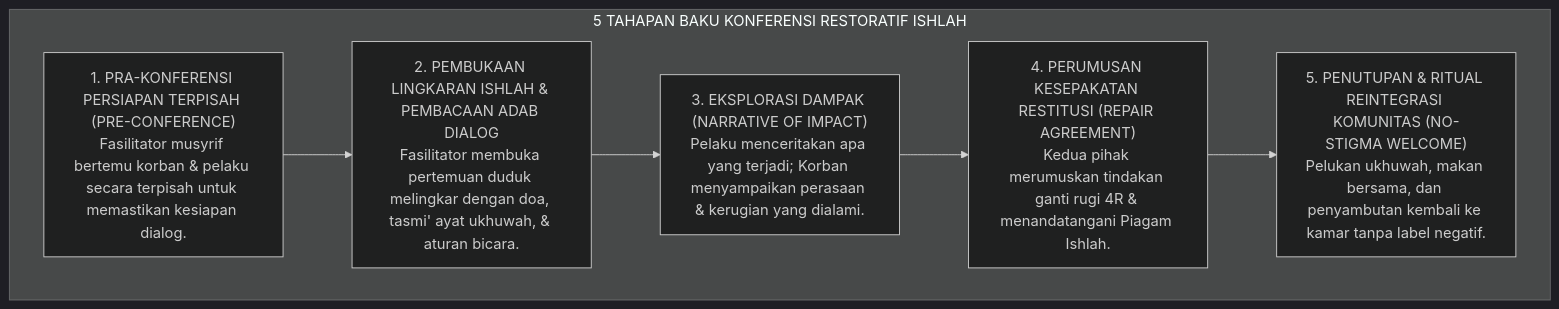
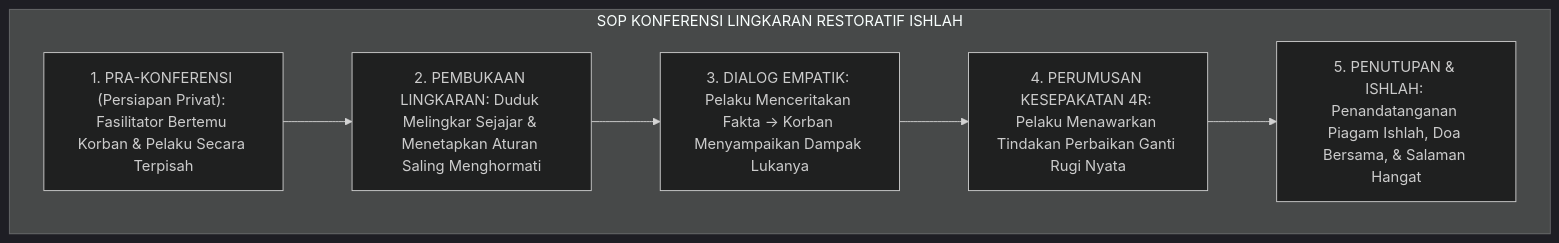
Before and after one commit to wandiapriliyandi/tumbuh: the third of 3 diagrams in 02 Principles/06 Intervention Principles/P2-06-04-Prinsip-Restorative-Conferencing-dan-Ishlah.md, drawn with Mermaid (dark theme). The commit also changed other lines of this file and 7 other files, not shown here.

````diff
--- a/02 Principles/06 Intervention Principles/P2-06-04-Prinsip-Restorative-Conferencing-dan-Ishlah.md
+++ b/02 Principles/06 Intervention Principles/P2-06-04-Prinsip-Restorative-Conferencing-dan-Ishlah.md
@@ -141,16 +157,10 @@
 ```mermaid
 flowchart TD
-    subgraph AlurKonferensiRestoratif5Tahap["5 TAHAPAN BAKU KONFERENSI RESTORATIF ISHLAH"]
-        T1_Step["1. PRA-KONFERENSI PERSIAPAN TERPISAH (PRE-CONFERENCE)<br/>Fasilitator musyrif bertemu korban & pelaku secara terpisah untuk memastikan kesiapan dialog."]
-        
-        T2_Step["2. PEMBUKAAN LINGKARAN ISHLAH & PEMBACAAN ADAB DIALOG<br/>Fasilitator membuka pertemuan duduk melingkar dengan doa, tasmi' ayat ukhuwah, & aturan bicara."]
-        
-        T3_Step["3. EKSPLORASI DAMPAK (NARRATIVE OF IMPACT)<br/>Pelaku menceritakan apa yang terjadi; Korban menyampaikan perasaan & kerugian yang dialami."]
-        
-        T4_Step["4. PERUMUSAN KESEPAKATAN RESTITUSI (REPAIR AGREEMENT)<br/>Kedua pihak merumuskan tindakan ganti rugi 4R & menandatangani Piagam Ishlah."]
-        
-        T5_Step["5. PENUTUPAN & RITUAL REINTEGRASI KOMUNITAS (NO-STIGMA WELCOME)<br/>Pelukan ukhuwah, makan bersama, dan penyambutan kembali ke kamar tanpa label negatif."]
-        
-        T1_Step --> T2_Step --> T3_Step --> T4_Step --> T5_Step
+    subgraph SOPKonferensiRestoratifIshlah["SOP KONFERENSI LINGKARAN RESTORATIF ISHLAH"]
+        PraKonferensi["1. PRA-KONFERENSI (Persiapan Privat): Fasilitator Bertemu Korban & Pelaku Secara Terpisah"]
+        --> PembukaanLingkaran["2. PEMBUKAAN LINGKARAN: Duduk Melingkar Sejajar & Menetapkan Aturan Saling Menghormati"]
+        --> EksplorasiPerasaan["3. DIALOG EMPATIK: Pelaku Menceritakan Fakta -> Korban Menyampaikan Dampak Lukanya"]
+        --> PerumusanAksi4R["4. PERUMUSAN KESEPAKATAN 4R: Pelaku Menawarkan Tindakan Perbaikan Ganti Rugi Nyata"]
+        --> PenandatangananIshlah["5. PENUTUPAN & ISHLAH: Penandatanganan Piagam Ishlah, Doa Bersama, & Salaman Hangat"]
     end
 ```
````
